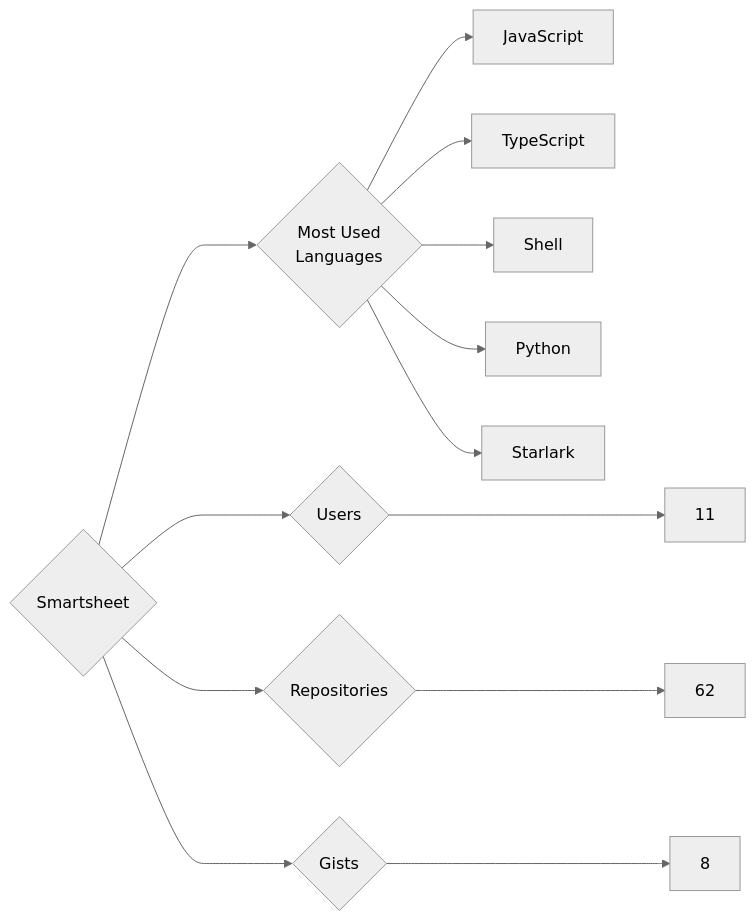
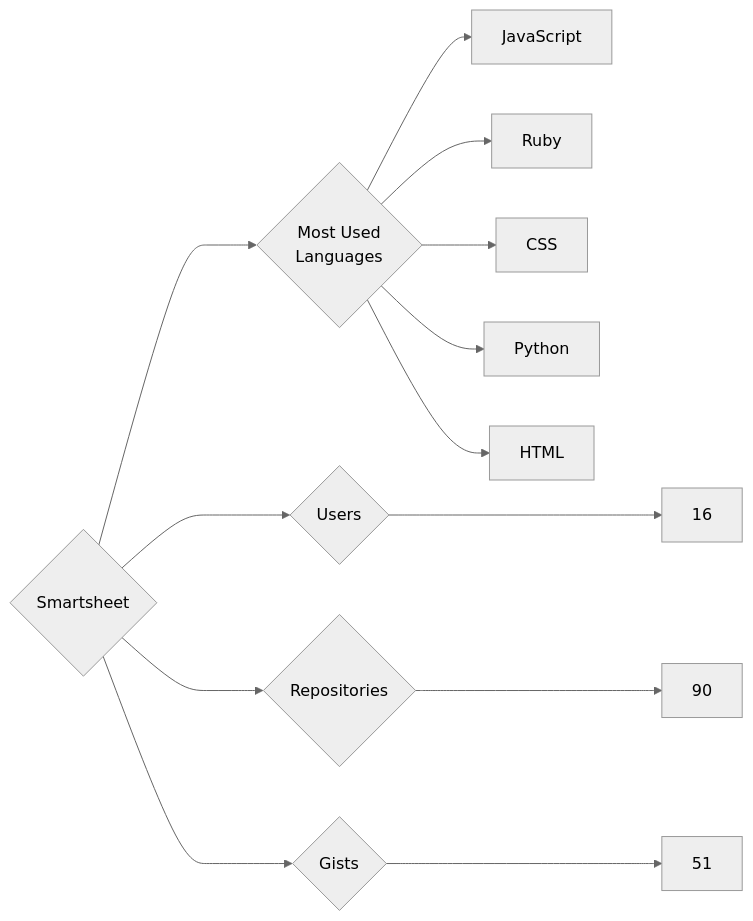
The diagram in targets/Smartsheet/README.md (trickest/insiders), drawn with Mermaid (neutral theme) before and after one commit. The commit also changed 970 other files, not shown here.

````diff
--- a/targets/Smartsheet/README.md
+++ b/targets/Smartsheet/README.md
@@ -3,13 +3,13 @@
 ```mermaid
 graph LR
 COMPANY_NAME{Smartsheet}
-COMPANY_NAME ---> U{Users} ---> UN[11]
-COMPANY_NAME ---> R{Repositories} ---> RN[62]
-COMPANY_NAME ---> G{Gists} ---> GN[8]
+COMPANY_NAME ---> U{Users} ---> UN[16]
+COMPANY_NAME ---> R{Repositories} ---> RN[90]
+COMPANY_NAME ---> G{Gists} ---> GN[51]
 COMPANY_NAME ---> ML{Most Used<br>Languages}
 ML --> JavaScript[JavaScript]
-ML --> TypeScript[TypeScript]
-ML --> Shell[Shell]
+ML --> Ruby[Ruby]
+ML --> CSS[CSS]
 ML --> Python[Python]
-ML --> Starlark[Starlark]
+ML --> HTML[HTML]
 ```
````
